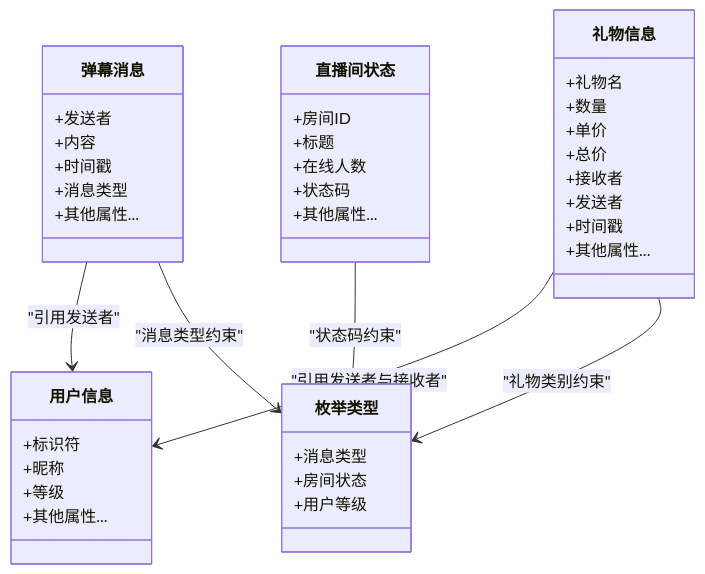
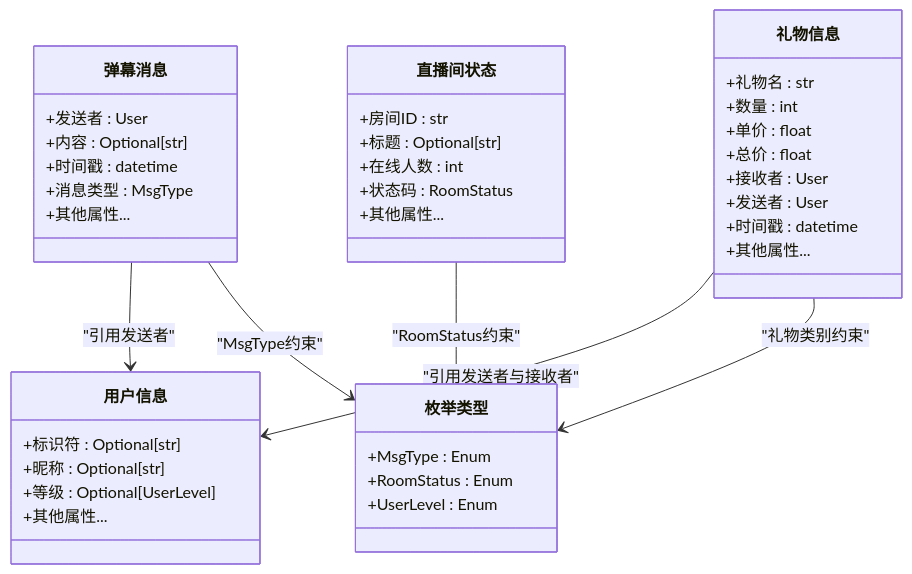
One commit to laowumdzz/Blive-Bot changed the second of 3 diagrams in .qoder/repowiki/zh/content/核心架构/数据模型.md. Above: the diagram before and after it, drawn with Mermaid. The commit also changed other lines of this file and 12 other files, not shown here.

````diff
--- a/.qoder/repowiki/zh/content/核心架构/数据模型.md
+++ b/.qoder/repowiki/zh/content/核心架构/数据模型.md
@@ -60,43 +72,43 @@
 ```mermaid
 classDiagram
 class 用户信息 {
-+标识符
-+昵称
-+等级
++标识符 : Optional[str]
++昵称 : Optional[str]
++等级 : Optional[UserLevel]
 +其他属性...
 }
 class 直播间状态 {
-+房间ID
-+标题
-+在线人数
-+状态码
++房间ID : str
++标题 : Optional[str]
++在线人数 : int
++状态码 : RoomStatus
 +其他属性...
 }
 class 弹幕消息 {
-+发送者
-+内容
-+时间戳
-+消息类型
++发送者 : User
++内容 : Optional[str]
++时间戳 : datetime
++消息类型 : MsgType
 +其他属性...
 }
 class 礼物信息 {
-+礼物名
-+数量
-+单价
-+总价
-+接收者
-+发送者
-+时间戳
++礼物名 : str
++数量 : int
++单价 : float
++总价 : float
++接收者 : User
++发送者 : User
++时间戳 : datetime
 +其他属性...
 }
 class 枚举类型 {
-+消息类型
-+房间状态
-+用户等级
++MsgType : Enum
++RoomStatus : Enum
++UserLevel : Enum
 }
 弹幕消息 --> 用户信息 : "引用发送者"
 礼物信息 --> 用户信息 : "引用发送者与接收者"
-弹幕消息 --> 枚举类型 : "消息类型约束"
+弹幕消息 --> 枚举类型 : "MsgType约束"
 礼物信息 --> 枚举类型 : "礼物类别约束"
-直播间状态 --> 枚举类型 : "状态码约束"
+直播间状态 --> 枚举类型 : "RoomStatus约束"
 ```
````
